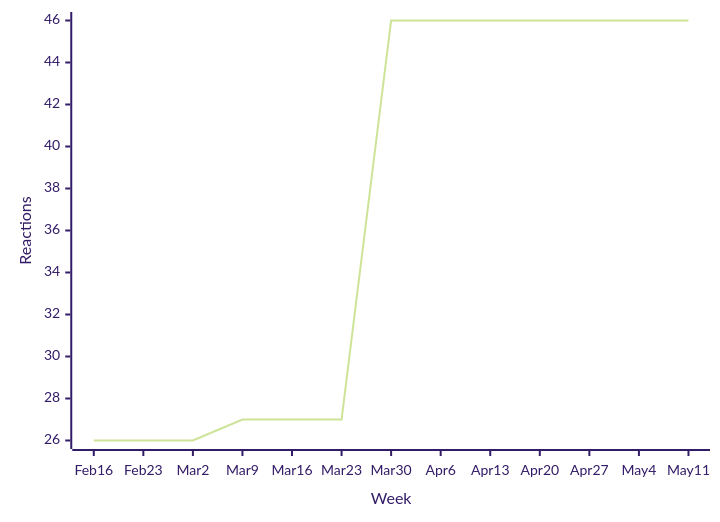
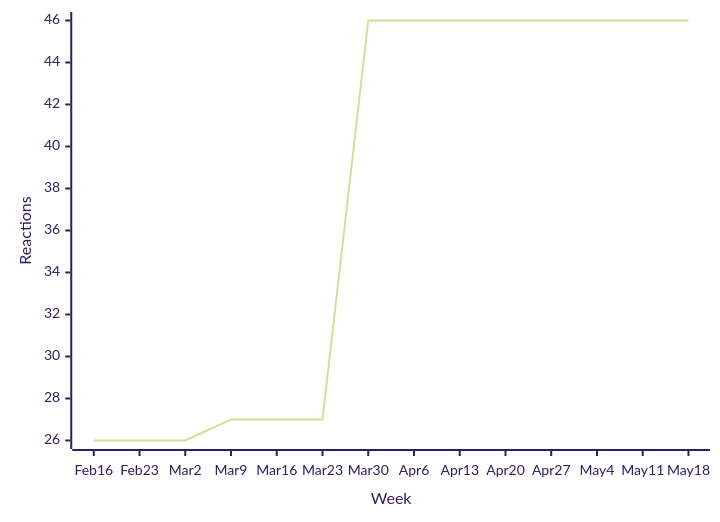
The eighth of 49 diagrams in README.md (loic-sharma/github-insights), drawn with Mermaid (forest theme) before and after one commit. The commit also changed other lines of this file and 3 other files, not shown here.

````diff
--- a/README.md
+++ b/README.md
@@ -458,6 +458,6 @@
   ```mermaid
   xychart-beta
-    x-axis "Week" [Feb 16, Feb 23, Mar 2, Mar 9, Mar 16, Mar 23, Mar 30, Apr 6, Apr 13, Apr 20, Apr 27, May 4, May 11]
+    x-axis "Week" [Feb 16, Feb 23, Mar 2, Mar 9, Mar 16, Mar 23, Mar 30, Apr 6, Apr 13, Apr 20, Apr 27, May 4, May 11, May 18]
     y-axis "Reactions"
-    line [26, 26, 26, 27, 27, 27, 46, 46, 46, 46, 46, 46, 46]
+    line [26, 26, 26, 27, 27, 27, 46, 46, 46, 46, 46, 46, 46, 46]
   ```
````
